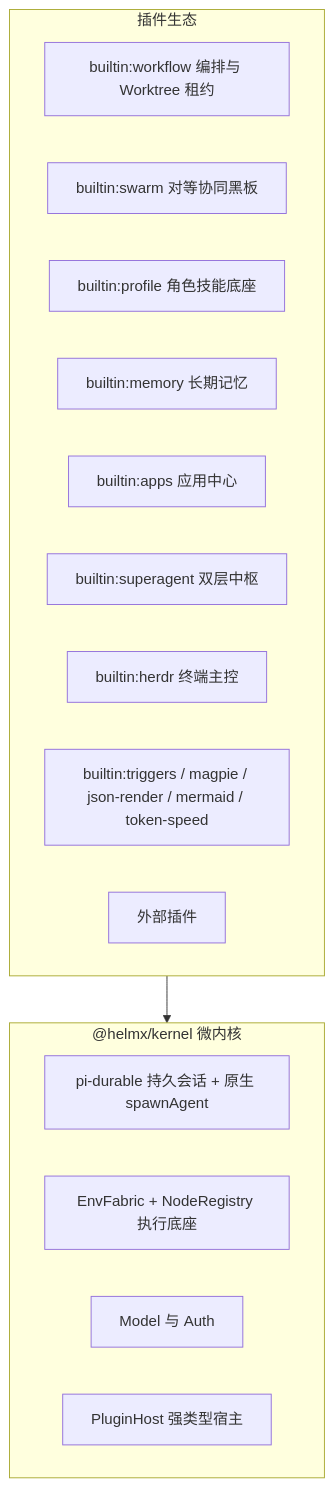
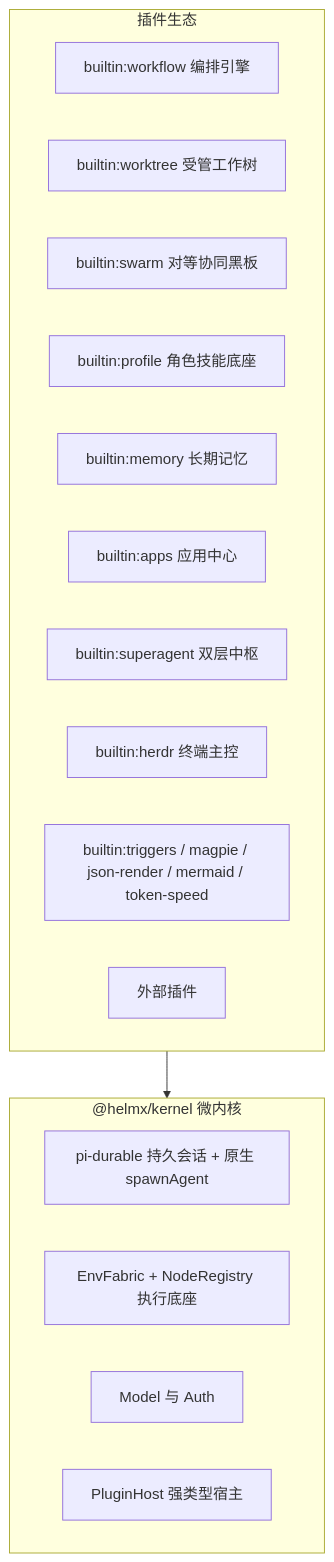
Before and after one commit to team4u/helm: the first of 3 diagrams in docs/architecture/overview.md, drawn with Mermaid. The commit also changed other lines of this file and 11 other files, not shown here.

First line of the commit message:
docs: 同步 builtin:worktree 独立拆出与 swarm 解耦的文档

````diff
--- a/docs/architecture/overview.md
+++ b/docs/architecture/overview.md
@@ -16,21 +16,22 @@
 ```mermaid
 flowchart TD
     subgraph Core["@helmx/kernel 微内核"]
         Durable["pi-durable 持久会话 + 原生 spawnAgent"]
         Fabric["EnvFabric + NodeRegistry 执行底座"]
         ModelAuth["Model 与 Auth"]
         Host["PluginHost 强类型宿主"]
     end
     subgraph Plugins["插件生态"]
-        Workflow["builtin:workflow 编排与 Worktree 租约"]
+        Workflow["builtin:workflow 编排引擎"]
+        Worktree["builtin:worktree 受管工作树"]
         Swarm["builtin:swarm 对等协同黑板"]
         Profile["builtin:profile 角色技能底座"]
         Memory["builtin:memory 长期记忆"]
         Apps["builtin:apps 应用中心"]
         Superagent["builtin:superagent 双层中枢"]
         Herdr["builtin:herdr 终端主控"]
         Others["builtin:triggers / magpie / json-render / mermaid / token-speed"]
         External["外部插件"]
     end
     Plugins --> Core
 ```
````
